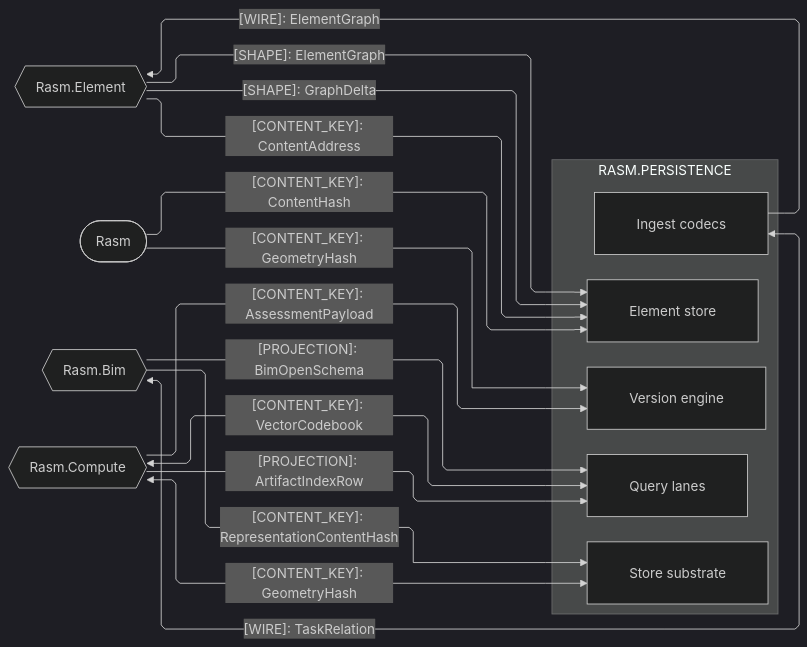
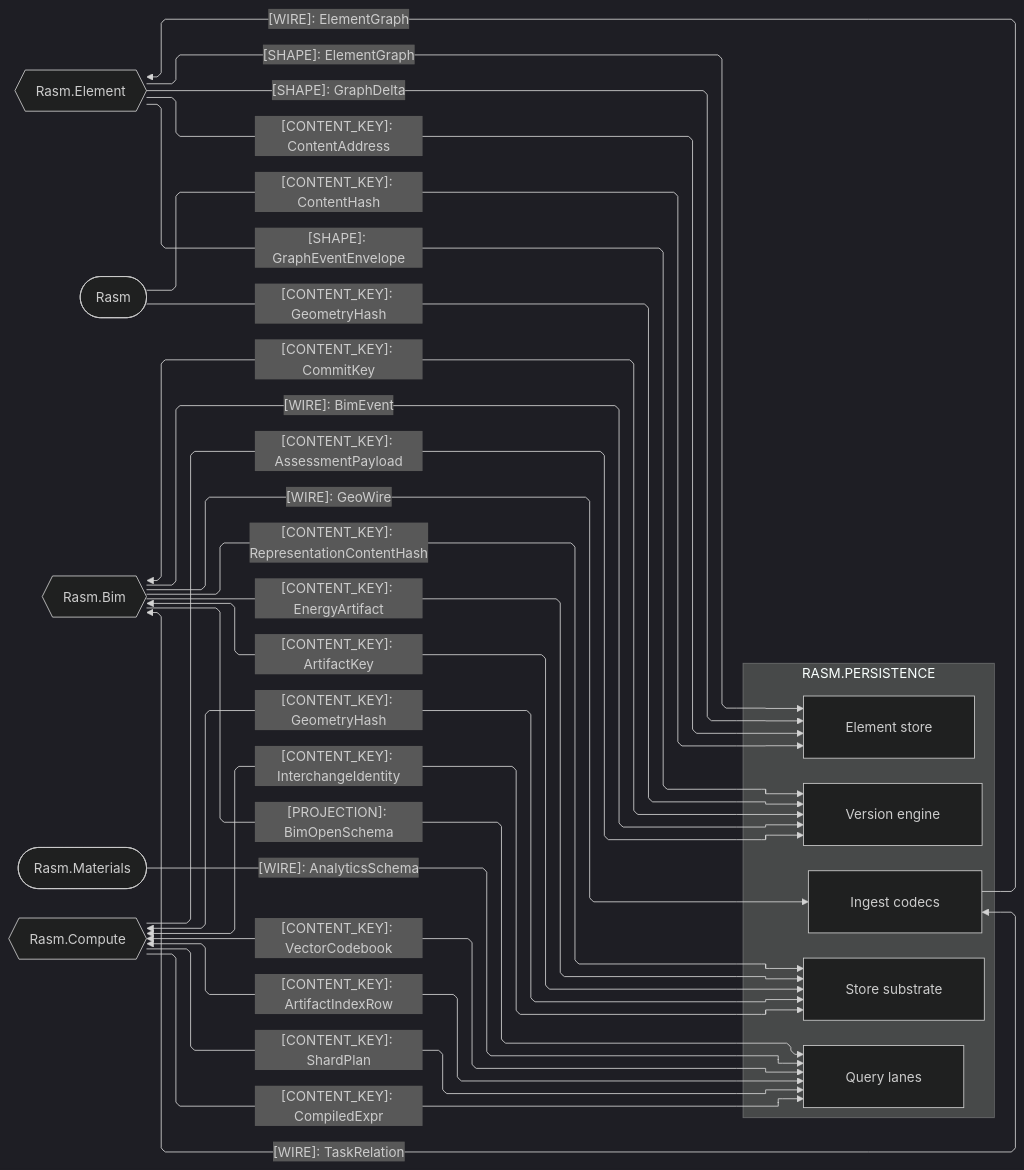
The second of 4 diagrams in libs/csharp/Rasm.Persistence/ARCHITECTURE.md (bsamiee/Rasm), drawn with Mermaid (dark theme) before and after one commit. The commit also changed other lines of this file and 486 other files, not shown here.

````diff
--- a/libs/csharp/Rasm.Persistence/ARCHITECTURE.md
+++ b/libs/csharp/Rasm.Persistence/ARCHITECTURE.md
@@ -97,36 +98,47 @@
 ```mermaid
 ---
 config:
   layout: elk
   flowchart:
     curve: linear
     padding: 25
 ---
 flowchart LR
     accTitle: Persistence domain and kernel content seams
-    accDescr: Persistence sub-domain owners exchanging shapes, content keys, and projections with the kernel and the AEC peers Element, Bim, and Compute, edge rails colored by kind and nodes classed by seam direction.
+    accDescr: Persistence sub-domain owners exchanging shapes, content keys, wires, and projections with the kernel and every AEC peer.
     subgraph persistence[RASM.PERSISTENCE]
         Element[Element store]
         Version[Version engine]
         Query[Query lanes]
         Ingest[Ingest codecs]
         Store[Store substrate]
     end
     RasmElement{{Rasm.Element}}
     Rasm([Rasm])
     Bim{{Rasm.Bim}}
+    Materials([Rasm.Materials])
     Compute{{Rasm.Compute}}
     RasmElement e1@-->|"[SHAPE]: ElementGraph"| Element
     RasmElement e12@-->|"[SHAPE]: GraphDelta"| Element
     RasmElement e13@-->|"[CONTENT_KEY]: ContentAddress"| Element
+    RasmElement e25@-->|"[SHAPE]: GraphEventEnvelope"| Version
     Ingest e2@-->|"[WIRE]: ElementGraph"| RasmElement
     Rasm e3@-->|"[CONTENT_KEY]: ContentHash"| Element
     Rasm e4@-->|"[CONTENT_KEY]: GeometryHash"| Version
     Bim e5@-->|"[PROJECTION]: BimOpenSchema"| Query
     Bim e6@-->|"[CONTENT_KEY]: RepresentationContentHash"| Store
+    Bim e15@-->|"[CONTENT_KEY]: EnergyArtifact"| Store
+    Bim e16@<-->|"[CONTENT_KEY]: ArtifactKey"| Store
+    Bim e17@<-->|"[CONTENT_KEY]: CommitKey"| Version
+    Bim e18@-->|"[WIRE]: BimEvent"| Version
     Ingest e7@<-->|"[WIRE]: TaskRelation"| Bim
+    Bim e14@-->|"[WIRE]: GeoWire"| Ingest
+    Materials e19@-->|"[WIRE]: AnalyticsSchema"| Query
     Compute e8@-->|"[CONTENT_KEY]: AssessmentPayload"| Version
     Compute e9@<-->|"[CONTENT_KEY]: VectorCodebook"| Query
-    Compute e10@-->|"[PROJECTION]: ArtifactIndexRow"| Query
+    Compute e10@<-->|"[CONTENT_KEY]: ArtifactIndexRow"| Query
+    Compute e20@-->|"[CONTENT_KEY]: ShardPlan"| Query
+    Compute e21@-->|"[CONTENT_KEY]: CompiledExpr"| Query
     Compute e11@<-->|"[CONTENT_KEY]: GeometryHash"| Store
+    Compute e22@<-->|"[CONTENT_KEY]: InterchangeIdentity"| Store
 ```
````
